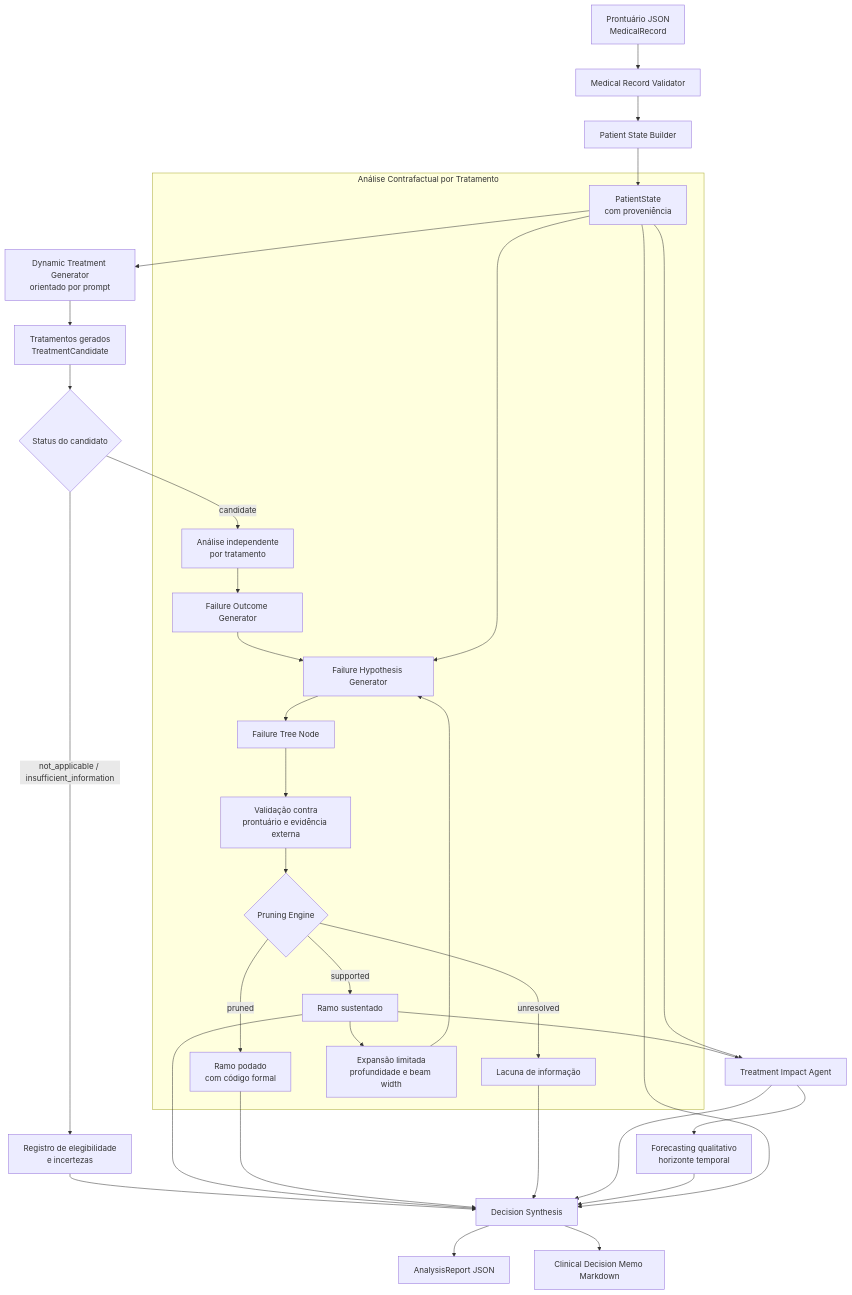
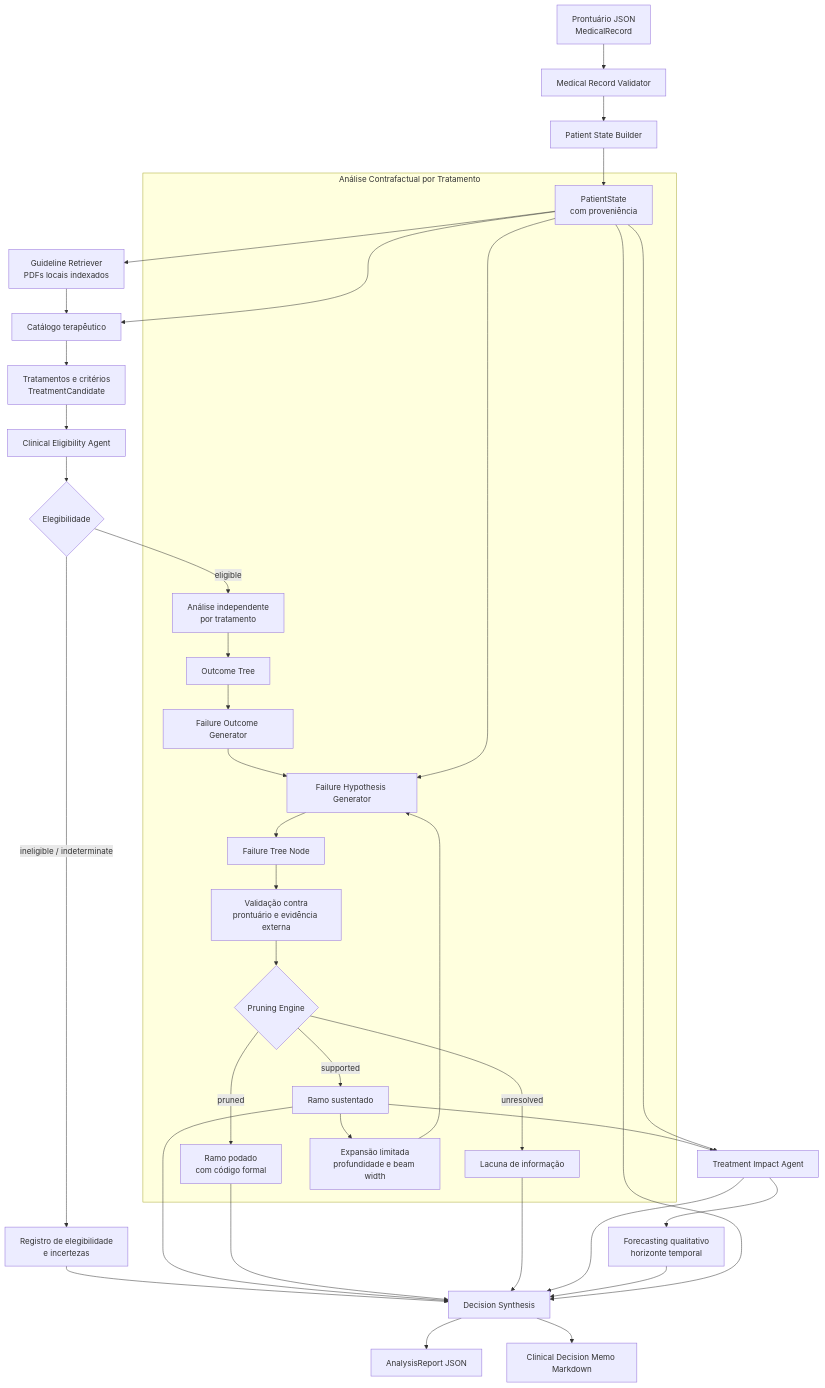
One commit to lorennavictoria/mestrado changed the diagram in README.md. Above: the diagram before and after it, drawn with Mermaid. The commit also changed other lines of this file and 52 other files, not shown here.

````diff
--- a/README.md
+++ b/README.md
@@ -21,42 +22,46 @@
 ```mermaid
 flowchart TD
     A[Prontuário JSON\nMedicalRecord] --> B[Medical Record Validator]
     B --> C[Patient State Builder]
     C --> D[PatientState\ncom proveniência]
 
-    D --> F[Dynamic Treatment Generator\norientado por prompt]
-    F --> G[Tratamentos gerados\nTreatmentCandidate]
+    D --> E[Guideline Retriever\nPDFs locais indexados]
+    D --> F[Catálogo terapêutico]
+    E --> F
+    F --> G[Tratamentos e critérios\nTreatmentCandidate]
 
-    G --> H{Status do candidato}
-    H -->|candidate| I[Análise independente\npor tratamento]
-    H -->|not_applicable / insufficient_information| J[Registro de elegibilidade\ne incertezas]
+    G --> H[Clinical Eligibility Agent]
+    H --> I{Elegibilidade}
+    I -->|eligible| J[Análise independente\npor tratamento]
+    I -->|ineligible / indeterminate| K[Registro de elegibilidade\ne incertezas]
 
     subgraph ANALYSIS[Análise Contrafactual por Tratamento]
-        I --> K[Failure Outcome Generator]
-        K --> L[Failure Hypothesis Generator]
-    D --> L
-        L --> M[Failure Tree Node]
-        M --> N[Validação contra\nprontuário e evidência externa]
-        N --> O{Pruning Engine}
-        O -->|supported| P[Ramo sustentado]
-        O -->|pruned| Q[Ramo podado\ncom código formal]
-        O -->|unresolved| R[Lacuna de informação]
-        P --> S[Expansão limitada\nprofundidade e beam width]
-        S --> L
+        J --> L[Outcome Tree]
+        L --> M[Failure Outcome Generator]
+        M --> N[Failure Hypothesis Generator]
+    D --> N
+        N --> O[Failure Tree Node]
+        O --> P[Validação contra\nprontuário e evidência externa]
+        P --> Q{Pruning Engine}
+        Q -->|supported| R[Ramo sustentado]
+        Q -->|pruned| S[Ramo podado\ncom código formal]
+        Q -->|unresolved| T[Lacuna de informação]
+        R --> U[Expansão limitada\nprofundidade e beam width]
+        U --> N
     end
 
-    P --> T[Treatment Impact Agent]
-    D --> T
-    T --> U[Forecasting qualitativo\nhorizonte temporal]
+    R --> V[Treatment Impact Agent]
+    D --> V
+    V --> W[Forecasting qualitativo\nhorizonte temporal]
 
-    J --> V[Decision Synthesis]
-    P --> V
-    Q --> V
-    R --> V
-    T --> V
-    U --> V
-    D --> V
+    K --> X[Decision Synthesis]
+    R --> X
+    S --> X
+    T --> X
+    V --> X
+    W --> X
+    D --> X
 
-    V --> W[AnalysisReport JSON]
-    V --> X[Clinical Decision Memo Markdown]
+    X --> Y[AnalysisReport JSON]
+    X --> Z[Clinical Decision Memo Markdown]
 ```
````
